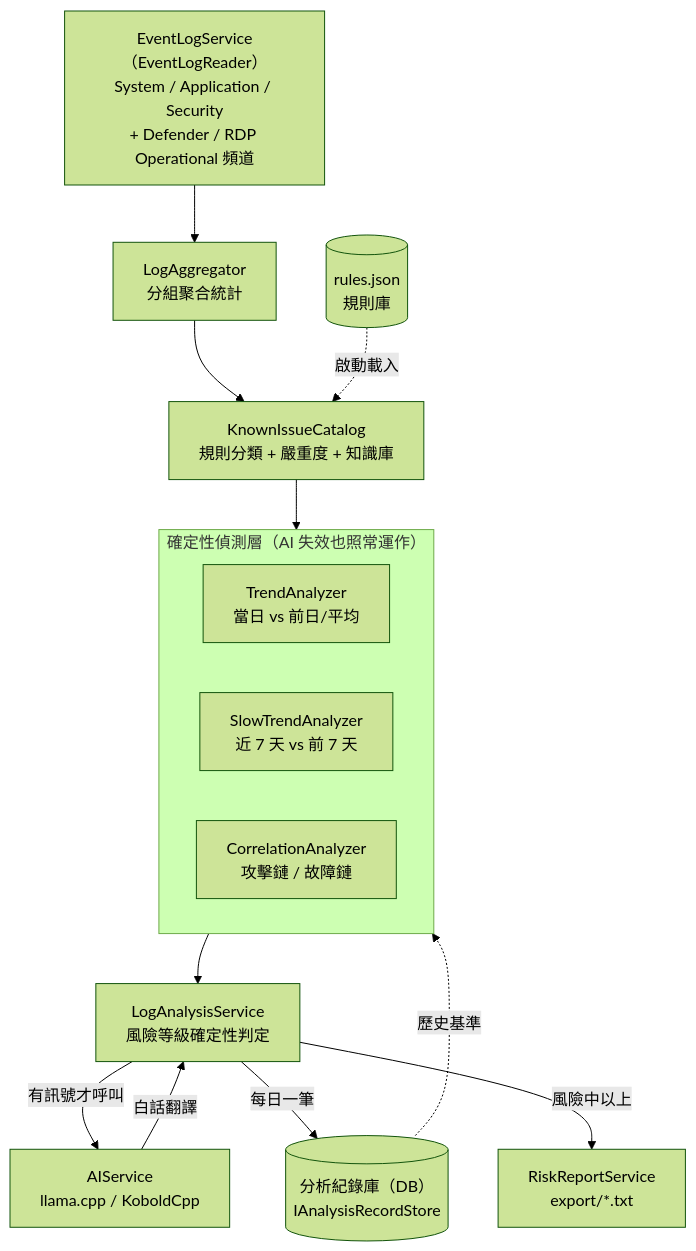
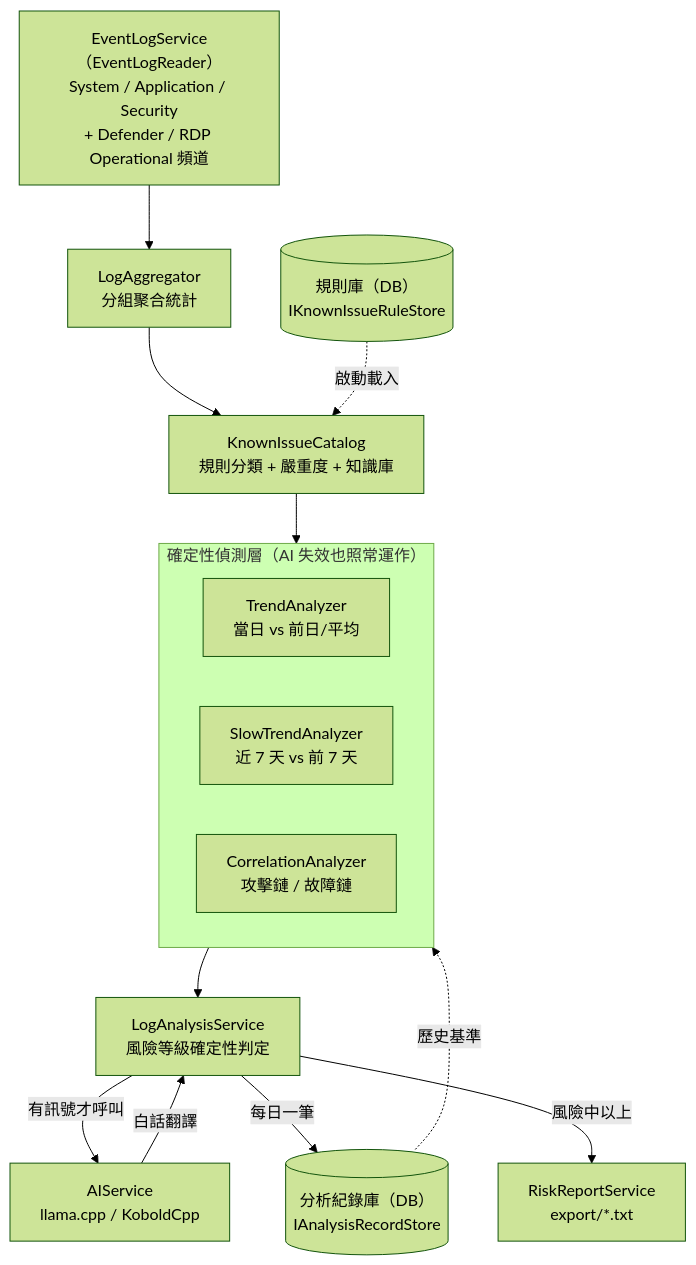
One commit to darionnnnnn/LogForesight changed the diagram in README.md. Above: the diagram before and after it, drawn with Mermaid (forest theme). The commit also changed other lines of this file and 3 other files, not shown here.

````diff
--- a/README.md
+++ b/README.md
@@ -45,30 +45,30 @@
 ```mermaid
 flowchart TD
     ELS["EventLogService（EventLogReader）<br/>System / Application / Security<br/>+ Defender / RDP Operational 頻道"]
     AGG["LogAggregator<br/>分組聚合統計"]
-    RULES[("rules.json<br/>規則庫")]
+    RULES[("規則庫（DB）<br/>IKnownIssueRuleStore")]
     CAT["KnownIssueCatalog<br/>規則分類 + 嚴重度 + 知識庫"]
 
     subgraph DET["確定性偵測層（AI 失效也照常運作）"]
         direction LR
         TREND["TrendAnalyzer<br/>當日 vs 前日/平均"]
         SLOW["SlowTrendAnalyzer<br/>近 7 天 vs 前 7 天"]
         CORR["CorrelationAnalyzer<br/>攻擊鏈 / 故障鏈"]
     end
 
     RISK["LogAnalysisService<br/>風險等級確定性判定"]
     AI["AIService<br/>llama.cpp / KoboldCpp"]
     HIST[("分析紀錄庫（DB）<br/>IAnalysisRecordStore")]
     REPORT["RiskReportService<br/>export/*.txt"]
 
     ELS --> AGG
     AGG --> CAT
     CAT --> DET
     DET --> RISK
     RULES -. 啟動載入 .-> CAT
     HIST -. 歷史基準 .-> DET
     RISK -- 有訊號才呼叫 --> AI
     AI -- 白話翻譯 --> RISK
     RISK -- 每日一筆 --> HIST
     RISK -- 風險中以上 --> REPORT
 ```
````
